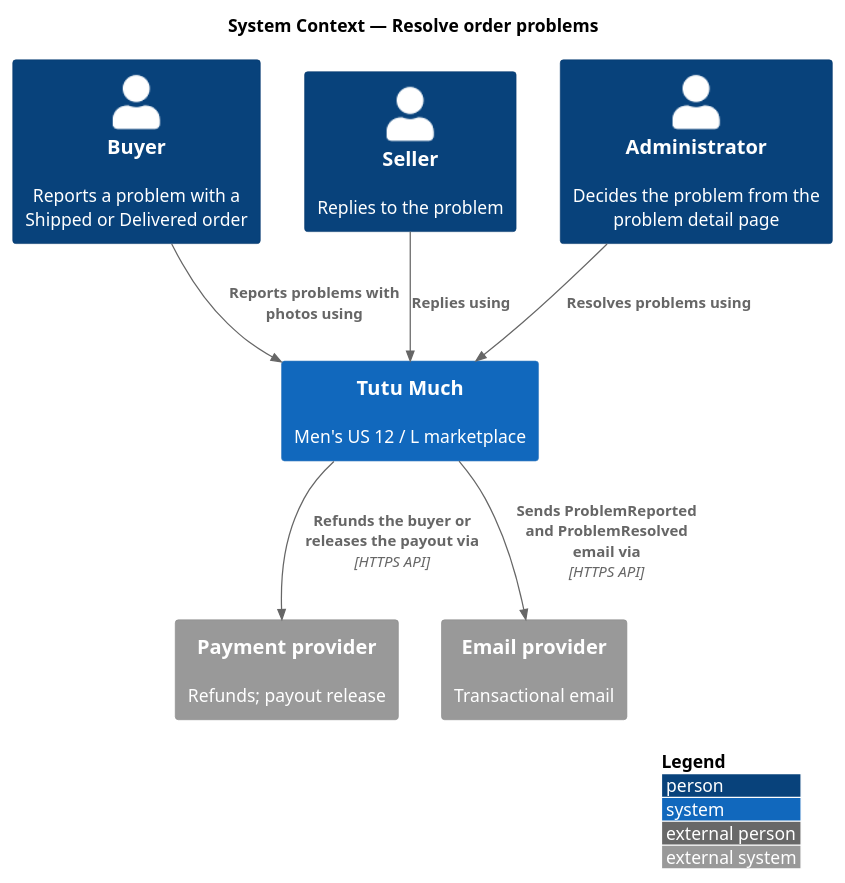
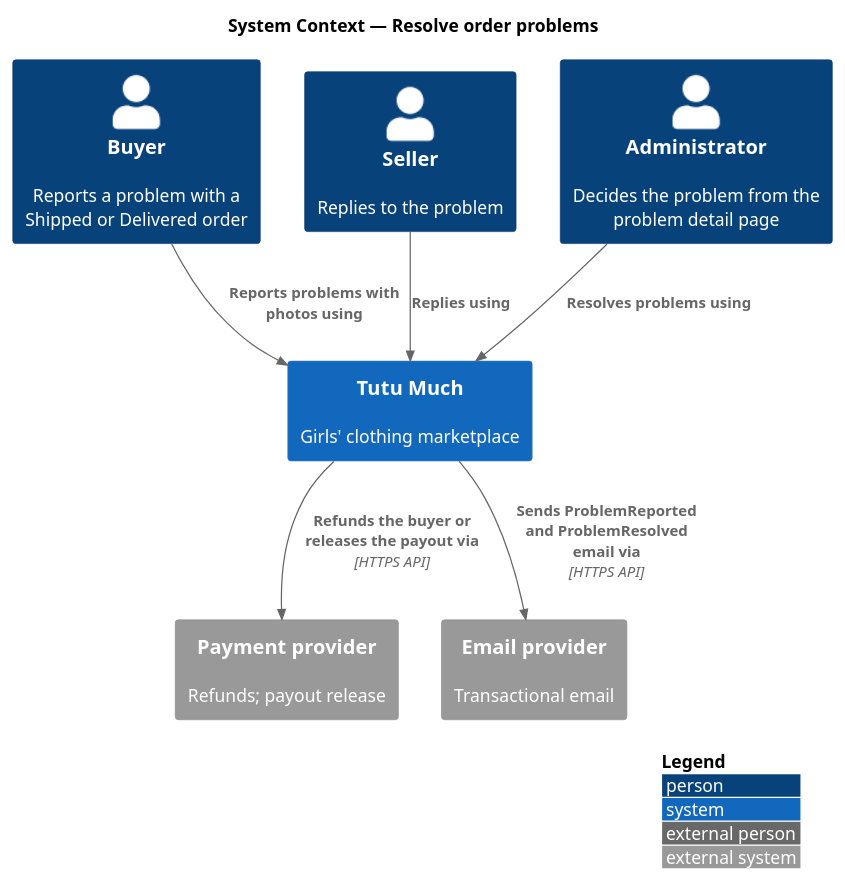
Before and after one commit to QuinntyneBrown/tutumuch: the diagram in docs/detailed-designs/orders/resolve-order-problems/diagrams/c4-context.puml, drawn with PlantUML. The commit also changed 191 other files, not shown here.

First line of the commit message:
Make Tutu Much a marketplace for girls' clothing

```diff
--- a/docs/detailed-designs/orders/resolve-order-problems/diagrams/c4-context.puml
+++ b/docs/detailed-designs/orders/resolve-order-problems/diagrams/c4-context.puml
@@ -1,17 +1,17 @@
 @startuml
 !include <C4/C4_Context>
 LAYOUT_WITH_LEGEND()
 title System Context — Resolve order problems
 
 Person(buyer, "Buyer", "Reports a problem with a Shipped or Delivered order")
 Person(seller, "Seller", "Replies to the problem")
 Person(admin, "Administrator", "Decides the problem from the problem detail page")
-System(tutumuch, "Tutu Much", "Men's US 12 / L marketplace")
+System(tutumuch, "Tutu Much", "Girls' clothing marketplace")
 System_Ext(pay, "Payment provider", "Refunds; payout release")
 System_Ext(email, "Email provider", "Transactional email")
 Rel(buyer, tutumuch, "Reports problems with photos using")
 Rel(seller, tutumuch, "Replies using")
 Rel(admin, tutumuch, "Resolves problems using")
 Rel(tutumuch, pay, "Refunds the buyer or releases the payout via", "HTTPS API")
 Rel(tutumuch, email, "Sends ProblemReported and ProblemResolved email via", "HTTPS API")
 @enduml
```
